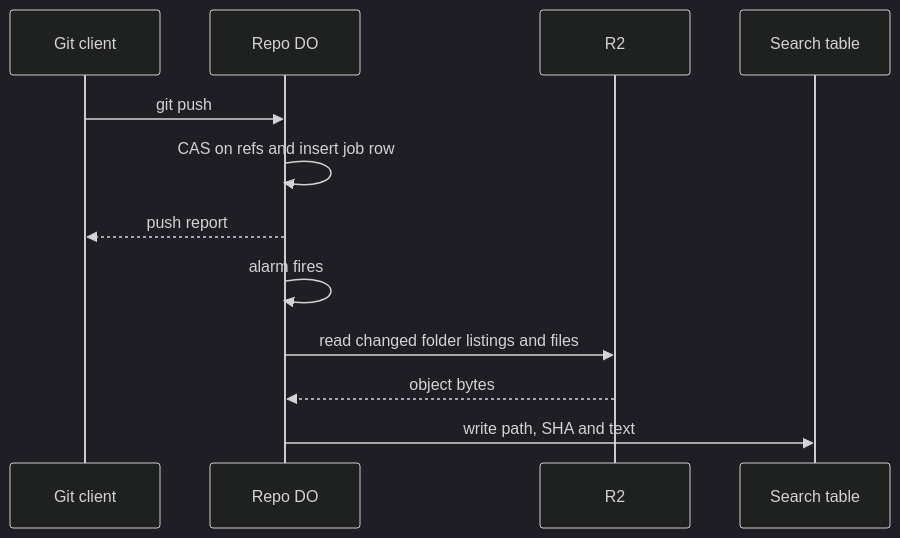
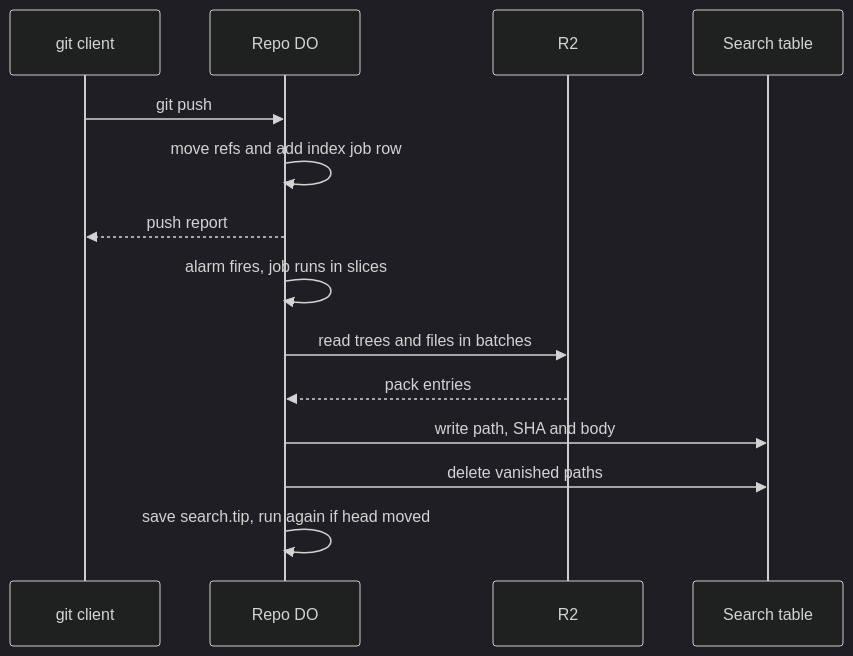
One commit to idl3/git-edge changed the diagram in plain/search-index-on-push.md. Above: the diagram before and after it, drawn with Mermaid (dark theme). The commit also changed other lines of this file and 65 other files, not shown here.

````diff
--- a/plain/search-index-on-push.md
+++ b/plain/search-index-on-push.md
@@ -26,14 +28,16 @@
 ```mermaid
 sequenceDiagram
-  participant Client as Git client
+  participant Client as git client
   participant DO as Repo DO
   participant R2
   participant FTS as Search table
   Client->>DO: git push
-  DO->>DO: CAS on refs and insert job row
+  DO->>DO: move refs and add index job row
   DO-->>Client: push report
-  DO->>DO: alarm fires
-  DO->>R2: read changed folder listings and files
-  R2-->>DO: object bytes
-  DO->>FTS: write path, SHA and text
+  DO->>DO: alarm fires, job runs in slices
+  DO->>R2: read trees and files in batches
+  R2-->>DO: pack entries
+  DO->>FTS: write path, SHA and body
+  DO->>FTS: delete vanished paths
+  DO->>DO: save search.tip, run again if head moved
 ```
````
